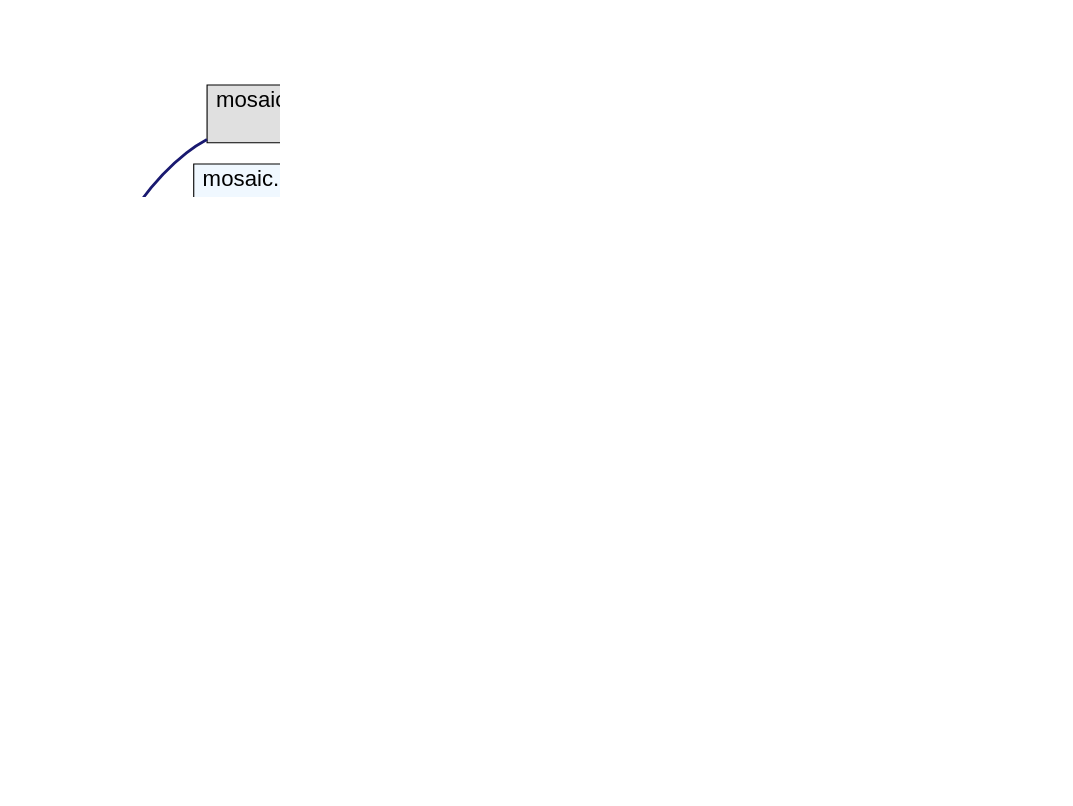
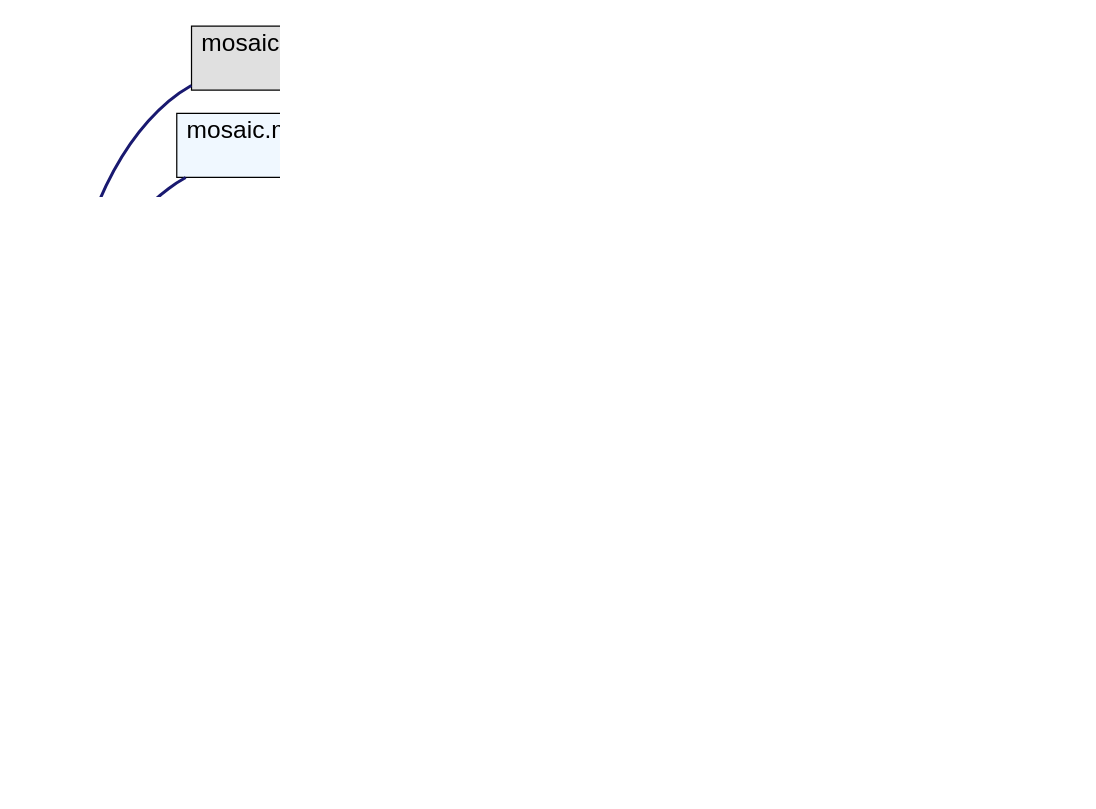
One commit to usnistgov/mosaic changed the diagram in source/doc/inherit_graph_latex.dot. Above: the diagram before and after it, drawn with Graphviz. The commit also changed 55 other files, not shown here.

```diff
--- a/source/doc/inherit_graph_latex.dot
+++ b/source/doc/inherit_graph_latex.dot
@@ -1,48 +1,48 @@
 digraph "Graphical Class Hierarchy"
 {
   graph [ dpi = 300 ];
   size="5,3.5";
   ratio="fill";
   edge [fontname="Helvetica",fontsize="20",labelfontname="Helvetica",labelfontsize="20"];
   node [fontname="Helvetica",fontsize="20",shape=record];
   rankdir="LR";
   Node1 [label="object",height=0.2,width=0.4,color="grey75", fillcolor="white", style="filled"];
   Node1 -> Node2 [dir="back", width=1.0, penwidth=2.5,color="midnightblue",fontsize="20",style="solid",fontname="Helvetica"];
   Node2 [label="mosaic.ConvertToCSV.Convert\lToCSV",height=0.2,width=0.4,color="black", fillcolor="grey88", style="filled"];
   Node1 -> Node3 [dir="back", width=1.0, penwidth=2.5,color="midnightblue",fontsize="20",style="solid",fontname="Helvetica"];
   Node3 [label="mosaic.metaEventPartition.meta\lEventPartition",height=0.2,width=0.4,color="black", fillcolor="aliceblue", style="filled"];
   Node3 -> Node4 [dir="back", width=1.0, penwidth=2.5,color="midnightblue",fontsize="20",style="solid",fontname="Helvetica"];
   Node4 [label="mosaic.eventSegment.event\lSegment",height=0.2,width=0.4,color="black", fillcolor="white", style="filled"];
   Node1 -> Node5 [dir="back", width=1.0, penwidth=2.5,color="midnightblue",fontsize="20",style="solid",fontname="Helvetica"];
   Node5 [label="mosaic.metaEventProcessor.meta\lEventProcessor",height=0.2,width=0.4,color="black", fillcolor="aliceblue", style="filled"];
   Node5 -> Node6 [dir="back", width=1.0, penwidth=2.5,color="midnightblue",fontsize="20",style="solid",fontname="Helvetica"];
-  Node6 [label="mosaic.multiStateAnalysis.multi\lStateAnalysis",height=0.2,width=0.4,color="black", fillcolor="white", style="filled"];
+  Node6 [label="mosaic.adept.adept",height=0.2,width=0.4,color="black", fillcolor="white", style="filled"];
   Node5 -> Node7 [dir="back", width=1.0, penwidth=2.5,color="midnightblue",fontsize="20",style="solid",fontname="Helvetica"];
-  Node7 [label="mosaic.cusumLevelAnalysis.cusum\lLevelAnalysis",height=0.2,width=0.4,color="black", fillcolor="white", style="filled"];
+  Node7 [label="mosaic.cusumPlus.cusumPlus",height=0.2,width=0.4,color="black", fillcolor="white", style="filled"];
   Node5 -> Node8 [dir="back", width=1.0, penwidth=2.5,color="midnightblue",fontsize="20",style="solid",fontname="Helvetica"];
-  Node8 [label="mosaic.stepResponseAnalysis.step\lResponseAnalysis",height=0.2,width=0.4,color="black", fillcolor="white", style="filled"];
+  Node8 [label="mosaic.adept2State.adept2State",height=0.2,width=0.4,color="black", fillcolor="white", style="filled"];
   Node1 -> Node9 [dir="back", width=1.0, penwidth=2.5,color="midnightblue",fontsize="20",style="solid",fontname="Helvetica"];
   Node9 [label="mosaic.metaIOFilter.meta\lIOFilter",height=0.2,width=0.4,color="black", fillcolor="aliceblue", style="filled"];
   Node9 -> Node10 [dir="back", width=1.0, penwidth=2.5,color="midnightblue",fontsize="20",style="solid",fontname="Helvetica"];
   Node10 [label="mosaic.besselLowpassFilter.bessel\lLowpassFilter",height=0.2,width=0.4,color="black", fillcolor="white", style="filled"];
   Node9 -> Node11 [dir="back", width=1.0, penwidth=2.5,color="midnightblue",fontsize="20",style="solid",fontname="Helvetica"];
   Node11 [label="mosaic.convolutionFilter.convolution\lFilter",height=0.2,width=0.4,color="black", fillcolor="white", style="filled"];
   Node9 -> Node12 [dir="back", width=1.0, penwidth=2.5,color="midnightblue",fontsize="20",style="solid",fontname="Helvetica"];
   Node12 [label="mosaic.waveletDenoiseFilter.wavelet\lDenoiseFilter",height=0.2,width=0.4,color="black", fillcolor="white", style="filled"];
   Node1 -> Node13 [dir="back", width=1.0, penwidth=2.5,color="midnightblue",fontsize="20",style="solid",fontname="Helvetica"];
   Node13 [label="mosaic.metaMDIO.metaMDIO",height=0.2,width=0.4,color="black", fillcolor="aliceblue", style="filled"];
   Node13 -> Node14 [dir="back", width=1.0, penwidth=2.5,color="midnightblue",fontsize="20",style="solid",fontname="Helvetica"];
   Node14 [label="mosaic.sqlite3MDIO.sqlite3MDIO",height=0.2,width=0.4,color="black", fillcolor="white", style="filled"];
   Node1 -> Node15 [dir="back", width=1.0, penwidth=2.5,color="midnightblue",fontsize="20",style="solid",fontname="Helvetica"];
   Node15 [label="mosaic.metaTrajIO.metaTrajIO",height=0.2,width=0.4,color="black", fillcolor="aliceblue", style="filled"];
   Node15 -> Node16 [dir="back", width=1.0, penwidth=2.5,color="midnightblue",fontsize="20",style="solid",fontname="Helvetica"];
   Node16 [label="mosaic.abfTrajIO.abfTrajIO",height=0.2,width=0.4,color="black", fillcolor="white", style="filled"];
   Node15 -> Node17 [dir="back", width=1.0, penwidth=2.5,color="midnightblue",fontsize="20",style="solid",fontname="Helvetica"];
   Node17 [label="mosaic.binTrajIO.binTrajIO",height=0.2,width=0.4,color="black", fillcolor="white", style="filled"];
   Node15 -> Node18 [dir="back", width=1.0, penwidth=2.5,color="midnightblue",fontsize="20",style="solid",fontname="Helvetica"];
   Node18 [label="mosaic.qdfTrajIO.qdfTrajIO",height=0.2,width=0.4,color="black", fillcolor="white", style="filled"];
   Node15 -> Node19 [dir="back", width=1.0, penwidth=2.5,color="midnightblue",fontsize="20",style="solid",fontname="Helvetica"];
   Node19 [label="mosaic.tsvTrajIO.tsvTrajIO",height=0.2,width=0.4,color="black", fillcolor="white", style="filled"];
   Node1 -> Node20 [dir="back", width=1.0, penwidth=2.5,color="midnightblue",fontsize="20",style="solid",fontname="Helvetica"];
   Node20 [label="mosaic.SingleChannelAnalysis.\lSingleChannelAnalysis",height=0.2,width=0.4,color="black", fillcolor="grey88", style="filled"];
 }
```
